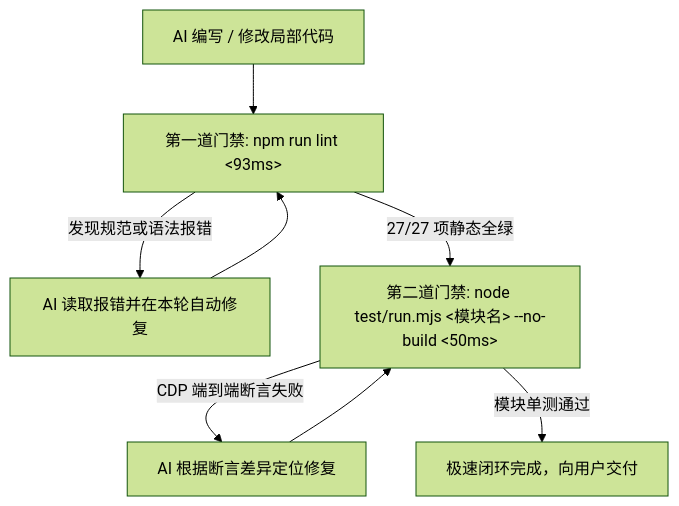
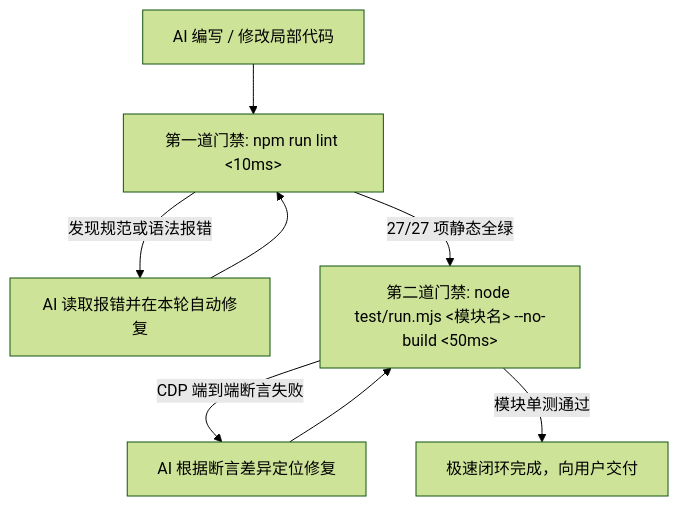
The diagram in AGENTS.md (leosdcn/glass-start), drawn with Mermaid (forest theme) before and after one commit. The commit also changed other lines of this file and 1 other file, not shown here.

````diff
--- a/AGENTS.md
+++ b/AGENTS.md
@@ -104,10 +104,10 @@
 ```mermaid
 flowchart TD
-    A[AI 编写 / 修改局部代码] --> B[第一道门禁: npm run lint <93ms>]
+    A[AI 编写 / 修改局部代码] --> B[第一道门禁: npm run lint <10ms>]
     B -- 发现规范或语法报错 --> C[AI 读取报错并在本轮自动修复]
     C --> B
     B -- 27/27 项静态全绿 --> D[第二道门禁: node test/run.mjs <模块名> --no-build <50ms>]
     D -- CDP 端到端断言失败 --> E[AI 根据断言差异定位修复]
     E --> D
     D -- 模块单测通过 --> F[极速闭环完成，向用户交付]
 ```
````
